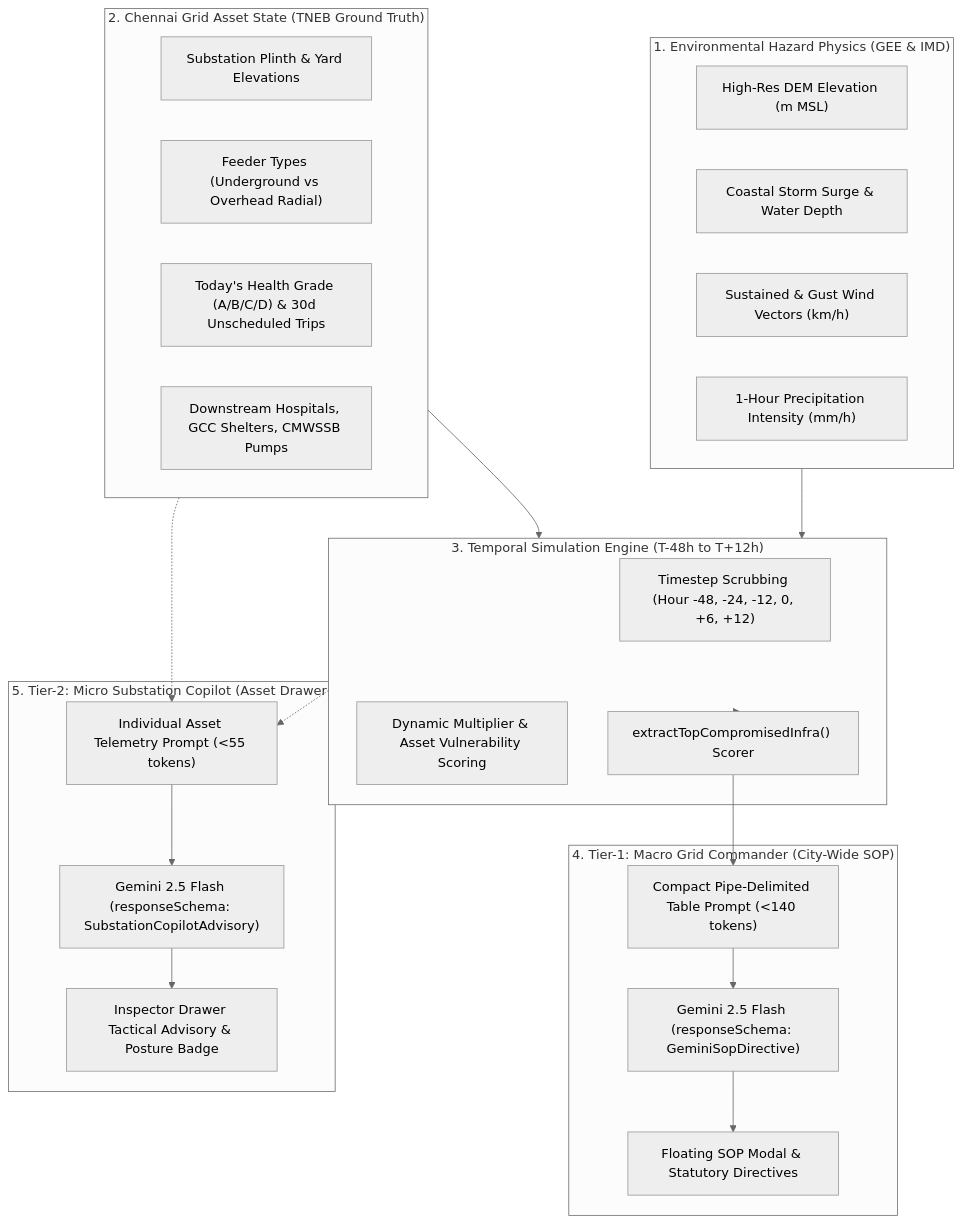
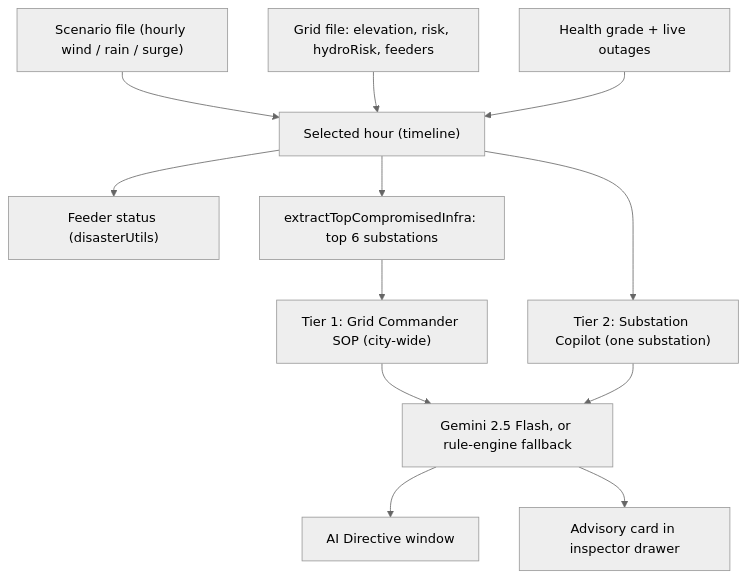
One commit to rsiva2294/surgegrid-ai changed the diagram in docs/DISASTER_SIMULATION_AND_GEMINI_ARCHITECTURE.md. Above: the diagram before and after it, drawn with Mermaid (neutral theme). The commit also changed other lines of this file and 7 other files, not shown here.

````diff
--- a/docs/DISASTER_SIMULATION_AND_GEMINI_ARCHITECTURE.md
+++ b/docs/DISASTER_SIMULATION_AND_GEMINI_ARCHITECTURE.md
@@ -19,42 +10,14 @@
 ```mermaid
 flowchart TB
-    subgraph GeoPhysics ["1. Environmental Hazard Physics (GEE & IMD)"]
-        DEM["High-Res DEM Elevation (m MSL)"]
-        SURGE["Coastal Storm Surge & Water Depth"]
-        WIND["Sustained & Gust Wind Vectors (km/h)"]
-        RAIN["1-Hour Precipitation Intensity (mm/h)"]
-    end
-
-    subgraph GridState ["2. Chennai Grid Asset State (TNEB Ground Truth)"]
-        INFRA["Substation Plinth & Yard Elevations"]
-        CIRCUITS["Feeder Types (Underground vs Overhead Radial)"]
-        HEALTH["Today's Health Grade (A/B/C/D) & 30d Unscheduled Trips"]
-        LIFELINES["Downstream Hospitals, GCC Shelters, CMWSSB Pumps"]
-    end
-
-    subgraph SimEngine ["3. Temporal Simulation Engine (T-48h to T+12h)"]
-        HOURS["Timestep Scrubbing (Hour -48, -24, -12, 0, +6, +12)"]
-        STRESS["Dynamic Multiplier & Asset Vulnerability Scoring"]
-        TOP6["extractTopCompromisedInfra() Scorer"]
-    end
-
-    subgraph GeminiTier1 ["4. Tier-1: Macro Grid Commander (City-Wide SOP)"]
-        G1_PROMPT["Compact Pipe-Delimited Table Prompt (<140 tokens)"]
-        G1_API["Gemini 2.5 Flash (responseSchema: GeminiSopDirective)"]
-        G1_UI["Floating SOP Modal & Statutory Directives"]
-    end
-
-    subgraph GeminiTier2 ["5. Tier-2: Micro Substation Copilot (Asset Drawer)"]
-        G2_PROMPT["Individual Asset Telemetry Prompt (<55 tokens)"]
-        G2_API["Gemini 2.5 Flash (responseSchema: SubstationCopilotAdvisory)"]
-        G2_UI["Inspector Drawer Tactical Advisory & Posture Badge"]
-    end
-
-    GeoPhysics --> SimEngine
-    GridState --> SimEngine
-    SimEngine --> TOP6
-    TOP6 --> G1_PROMPT --> G1_API --> G1_UI
-    SimEngine -.-> G2_PROMPT
-    GridState -.-> G2_PROMPT
-    G2_PROMPT --> G2_API --> G2_UI
+    SC["Scenario file (hourly wind / rain / surge)"] --> HOUR["Selected hour (timeline)"]
+    GRID["Grid file: elevation, risk, hydroRisk, feeders"] --> HOUR
+    HEALTH["Health grade + live outages"] --> HOUR
+    HOUR --> FEED["Feeder status (disasterUtils)"]
+    HOUR --> TOP6["extractTopCompromisedInfra: top 6 substations"]
+    TOP6 --> T1["Tier 1: Grid Commander SOP (city-wide)"]
+    HOUR --> T2["Tier 2: Substation Copilot (one substation)"]
+    T1 --> G["Gemini 2.5 Flash, or rule-engine fallback"]
+    T2 --> G
+    G --> UI1["AI Directive window"]
+    G --> UI2["Advisory card in inspector drawer"]
 ```
````
